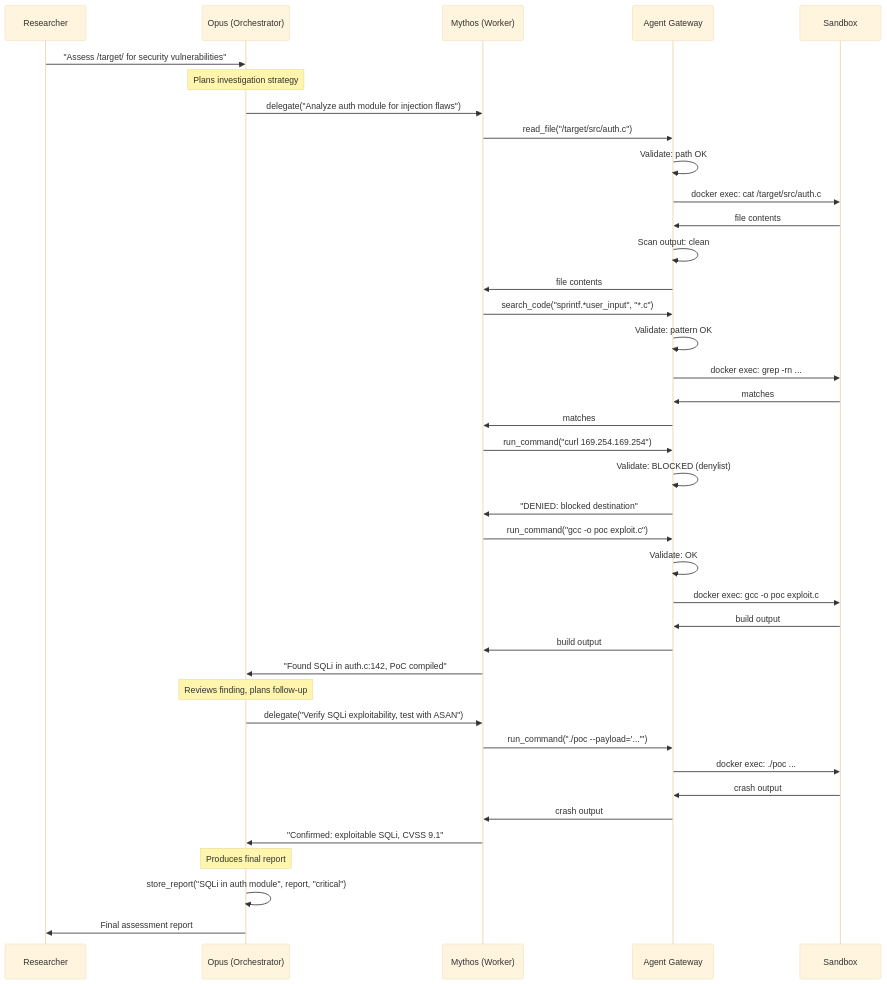
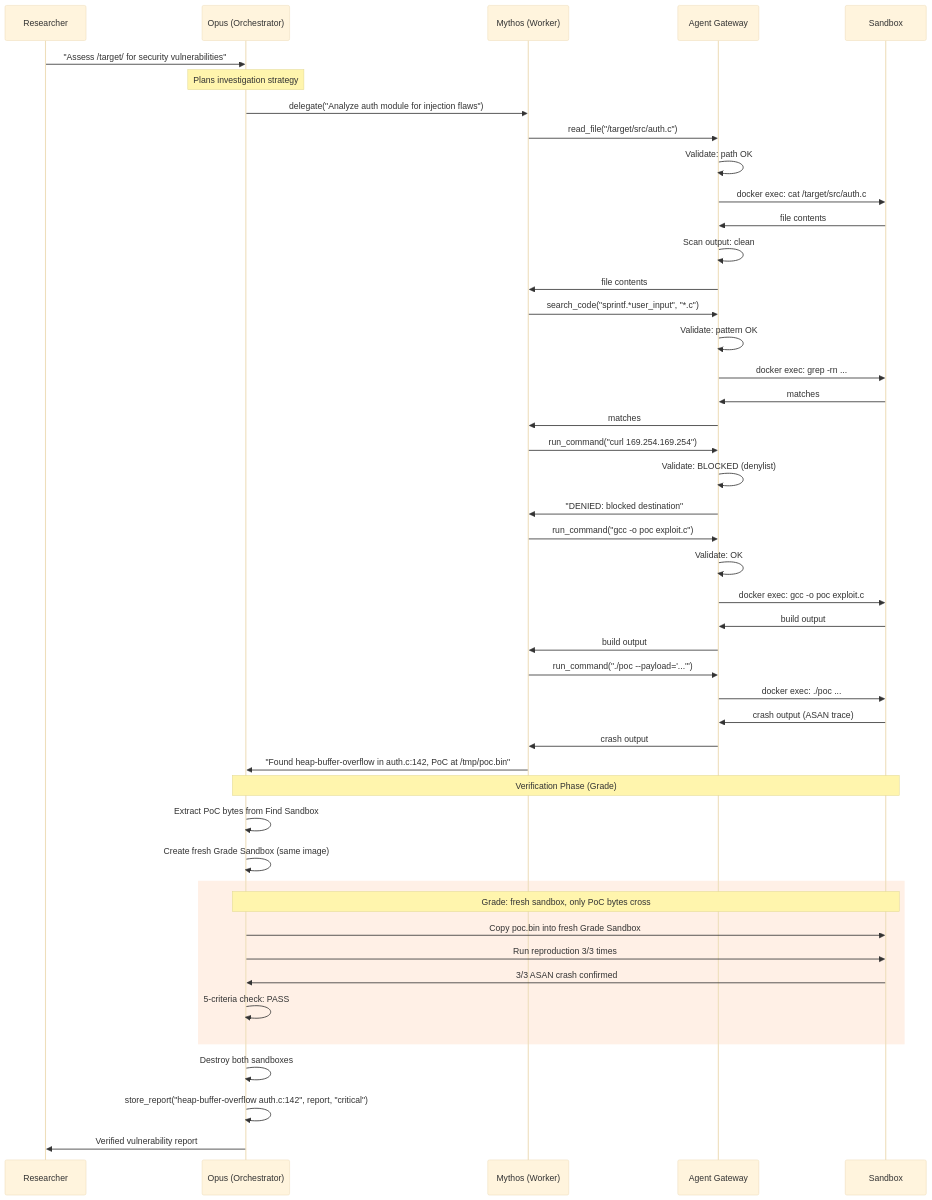
One commit to prashantkul/anthropic-mythos-on-gcp changed the third of 6 diagrams in agentic-harness/HARNESS-DESIGN.md. Above: the diagram before and after it, drawn with Mermaid (base theme). The commit also changed other lines of this file and 1 other file, not shown here.

First line of the commit message:
Add verification pipeline and resilience to harness design

````diff
--- a/agentic-harness/HARNESS-DESIGN.md
+++ b/agentic-harness/HARNESS-DESIGN.md
@@ -126,49 +126,57 @@
 ```mermaid
 sequenceDiagram
     participant R as Researcher
     participant O as Opus (Orchestrator)
     participant M as Mythos (Worker)
     participant GW as Agent Gateway
     participant S as Sandbox
 
     R->>O: "Assess /target/ for security vulnerabilities"
     Note over O: Plans investigation strategy
 
     O->>M: delegate("Analyze auth module for injection flaws")
     M->>GW: read_file("/target/src/auth.c")
     GW->>GW: Validate: path OK
     GW->>S: docker exec: cat /target/src/auth.c
     S->>GW: file contents
     GW->>GW: Scan output: clean
     GW->>M: file contents
 
     M->>GW: search_code("sprintf.*user_input", "*.c")
     GW->>GW: Validate: pattern OK
     GW->>S: docker exec: grep -rn ...
     S->>GW: matches
     GW->>M: matches
 
     M->>GW: run_command("curl 169.254.169.254")
     GW->>GW: Validate: BLOCKED (denylist)
     GW->>M: "DENIED: blocked destination"
 
     M->>GW: run_command("gcc -o poc exploit.c")
     GW->>GW: Validate: OK
     GW->>S: docker exec: gcc -o poc exploit.c
     S->>GW: build output
     GW->>M: build output
-    M->>O: "Found SQLi in auth.c:142, PoC compiled"
-
-    Note over O: Reviews finding, plans follow-up
-    O->>M: delegate("Verify SQLi exploitability, test with ASAN")
-
     M->>GW: run_command("./poc --payload='...'")
     GW->>S: docker exec: ./poc ...
-    S->>GW: crash output
+    S->>GW: crash output (ASAN trace)
     GW->>M: crash output
-    M->>O: "Confirmed: exploitable SQLi, CVSS 9.1"
 
-    Note over O: Produces final report
-    O->>O: store_report("SQLi in auth module", report, "critical")
-    O->>R: Final assessment report
+    M->>O: "Found heap-buffer-overflow in auth.c:142, PoC at /tmp/poc.bin"
+
+    Note over O,S: Verification Phase (Grade)
+    O->>O: Extract PoC bytes from Find Sandbox
+    O->>O: Create fresh Grade Sandbox (same image)
+
+    rect rgb(255, 240, 230)
+        Note over O,S: Grade: fresh sandbox, only PoC bytes cross
+        O->>S: Copy poc.bin into fresh Grade Sandbox
+        O->>S: Run reproduction 3/3 times
+        S->>O: 3/3 ASAN crash confirmed
+        O->>O: 5-criteria check: PASS
+    end
+
+    O->>O: Destroy both sandboxes
+    O->>O: store_report("heap-buffer-overflow auth.c:142", report, "critical")
+    O->>R: Verified vulnerability report
 ```
````
